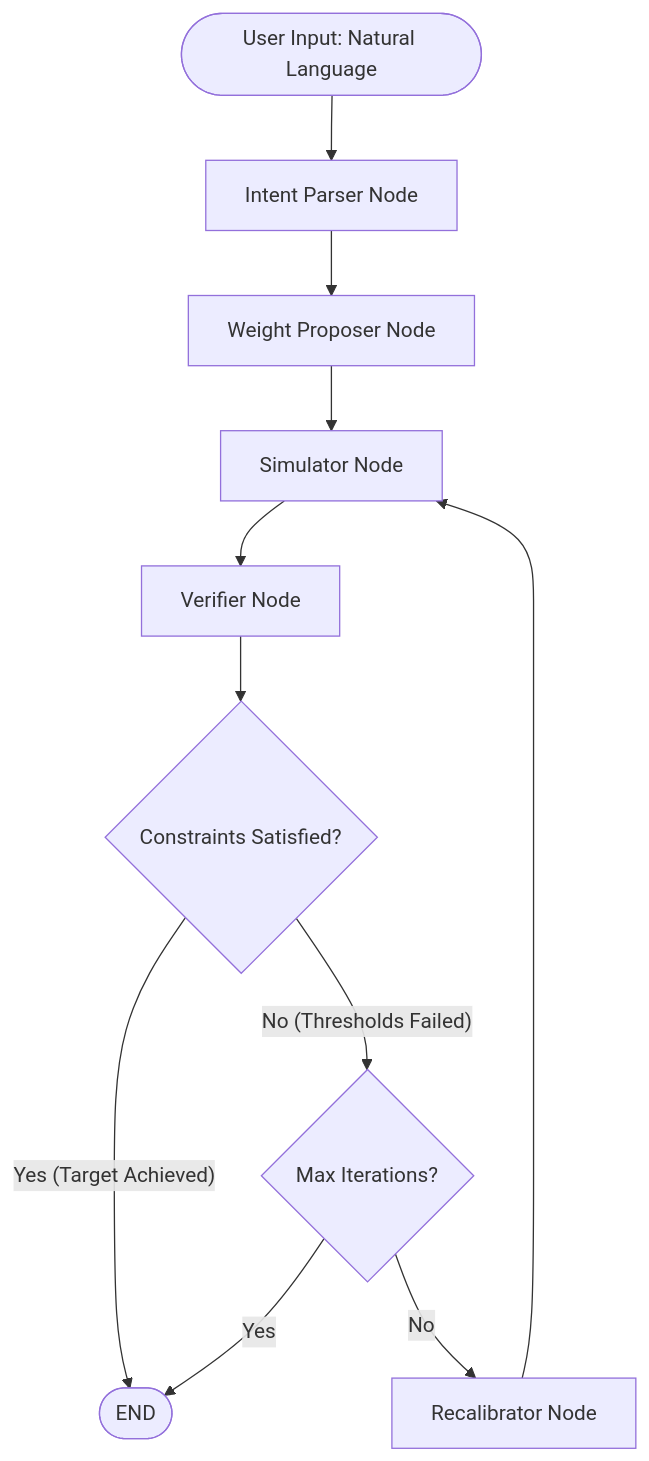
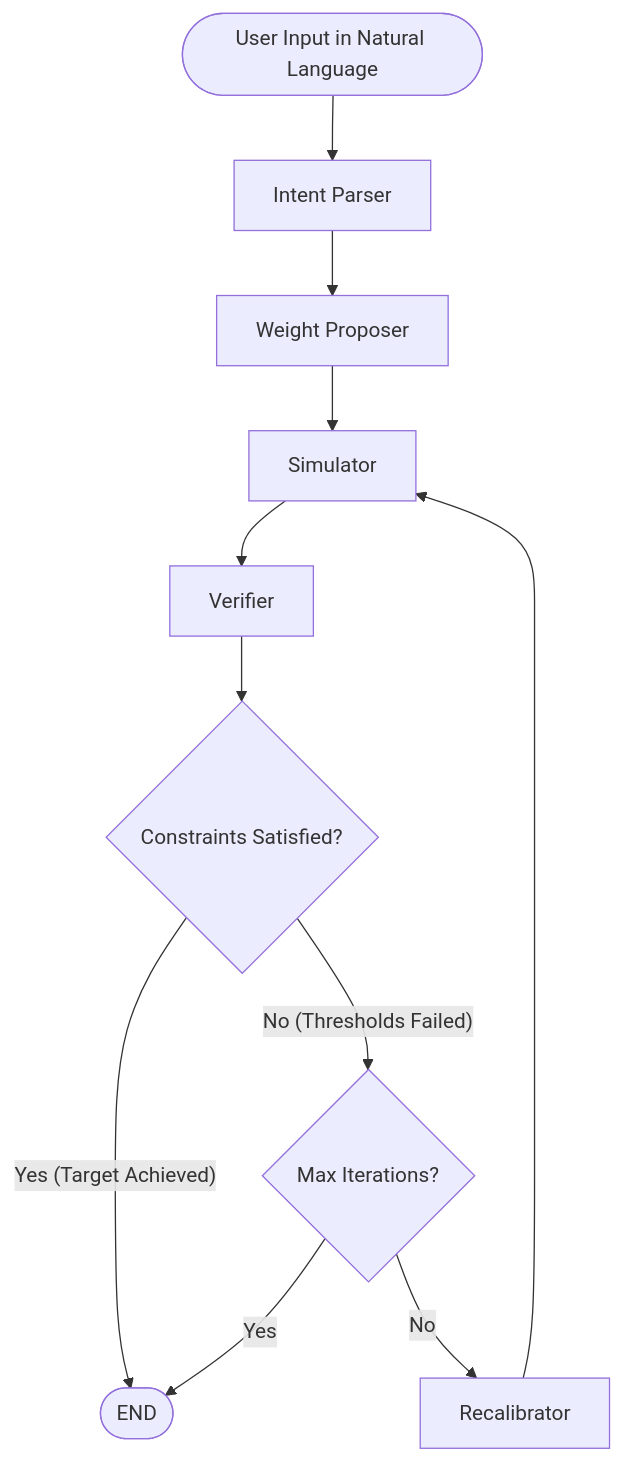
The diagram in README.md (irinangela/IBN-agent), drawn with Mermaid before and after one commit. The commit also changed other lines of this file, not shown here.

````diff
--- a/README.md
+++ b/README.md
@@ -11,14 +11,14 @@
 ```mermaid
 graph TD
-    A([User Input: Natural Language]) --> B[Intent Parser Node]
-    B --> C[Weight Proposer Node]
-    C --> D[Simulator Node]
-    D --> E[Verifier Node]
+    A([User Input in Natural Language]) --> B[Intent Parser]
+    B --> C[Weight Proposer]
+    C --> D[Simulator]
+    D --> E[Verifier ]
     E --> F{Constraints Satisfied?}
     F -- Yes (Target Achieved) --> G([END])
     F -- No (Thresholds Failed) --> H{Max Iterations?}
     H -- Yes --> G
-    H -- No --> I[Recalibrator Node]
+    H -- No --> I[Recalibrator]
     I --> D
 
 ```
````
